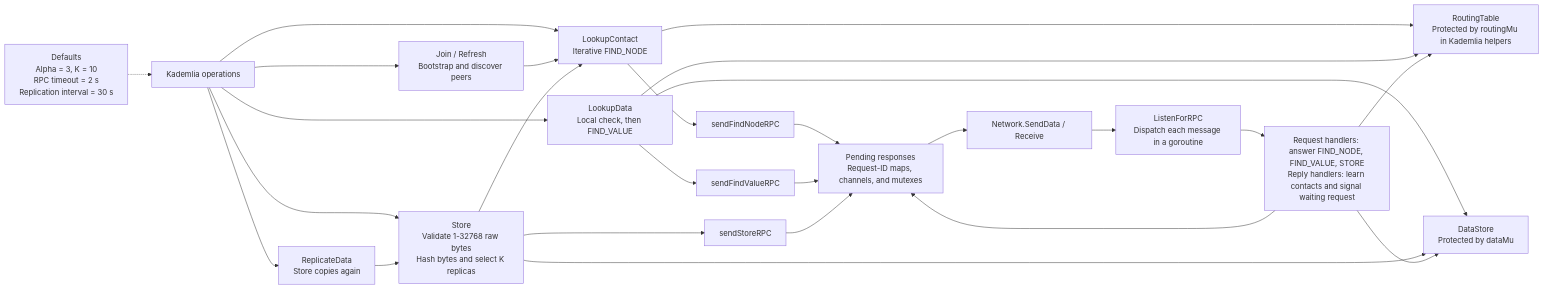
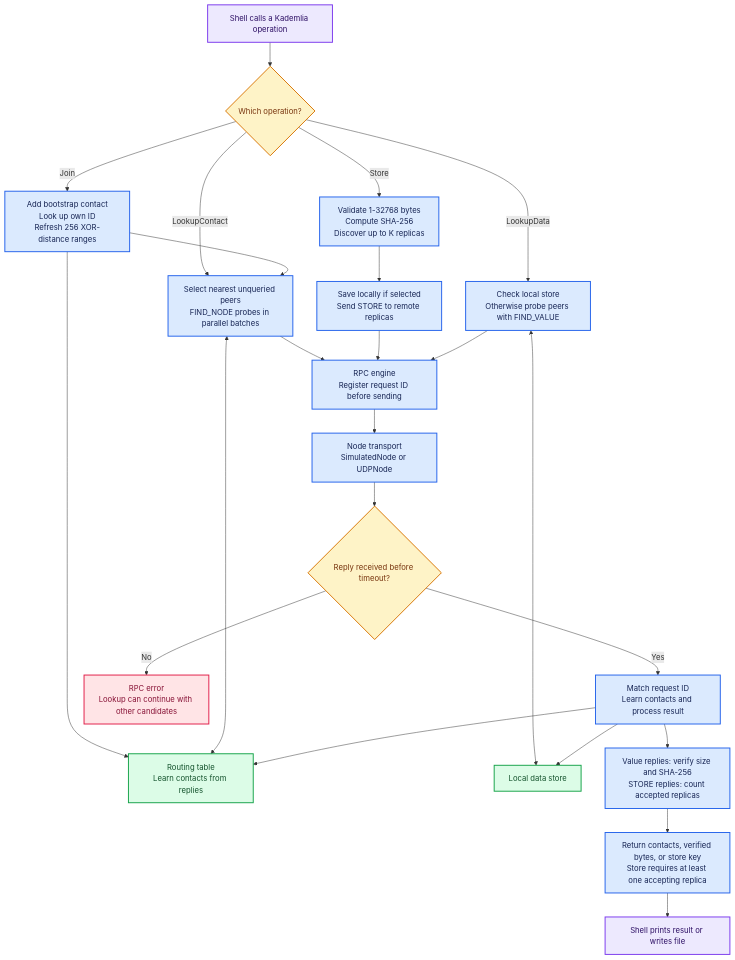
The second of 6 diagrams in labs/ARCHITECTURE.md (mohraj-0/Mobil-and-distributed-D7024E), drawn with Mermaid before and after one commit. The commit also changed other lines of this file and 2 other files, not shown here.

Commit message:
simplifed diagrams

````diff
--- a/labs/ARCHITECTURE.md
+++ b/labs/ARCHITECTURE.md
@@ -124,29 +47,32 @@
 ```mermaid
-flowchart LR
-    API["Kademlia operations"]
-    SETTINGS["Defaults<br/>Alpha = 3, K = 10<br/>RPC timeout = 2 s<br/>Replication interval = 30 s"] -.-> API
-    API --> JOIN["Join / Refresh<br/>Bootstrap and discover peers"]
-    API --> LOOK["LookupContact<br/>Iterative FIND_NODE"]
-    API --> GET["LookupData<br/>Local check, then FIND_VALUE"]
-    API --> STORE["Store<br/>Validate 1-32768 raw bytes<br/>Hash bytes and select K replicas"]
-    API --> REP["ReplicateData<br/>Store copies again"]
-    JOIN --> LOOK
-    STORE --> LOOK
-    REP --> STORE
-    GET --> DS["DataStore<br/>Protected by dataMu"]
-    STORE --> DS
-    LOOK --> RT["RoutingTable<br/>Protected by routingMu in Kademlia helpers"]
-    GET --> RT
-    LOOK --> SEND["sendFindNodeRPC"]
-    GET --> FV["sendFindValueRPC"]
-    STORE --> SR["sendStoreRPC"]
-    SEND --> PENDING["Pending responses<br/>Request-ID maps, channels, and mutexes"]
-    FV --> PENDING
-    SR --> PENDING
-    PENDING --> NET["Network.SendData / Receive"]
-    NET --> LISTEN["ListenForRPC<br/>Dispatch each message in a goroutine"]
-    LISTEN --> HANDLERS["Request handlers: answer FIND_NODE, FIND_VALUE, STORE<br/>Reply handlers: learn contacts and signal waiting request"]
-    HANDLERS --> DS
-    HANDLERS --> RT
-    HANDLERS --> PENDING
+flowchart TB
+    CALL["Shell calls a Kademlia operation"]:::shell --> OP{"Which operation?"}:::choice
+    OP -->|Join| JOIN["Add bootstrap contact<br/>Look up own ID<br/>Refresh 256 XOR-distance ranges"]:::logic
+    OP -->|LookupContact| FIND["Select nearest unqueried peers<br/>FIND_NODE probes in parallel batches"]:::logic
+    OP -->|Store| PUT["Validate 1-32768 bytes<br/>Compute SHA-256<br/>Discover up to K replicas"]:::logic
+    OP -->|LookupData| GET["Check local store<br/>Otherwise probe peers with FIND_VALUE"]:::logic
+    JOIN --> FIND
+    JOIN --> ROUTE["Routing table<br/>Learn contacts from replies"]:::data
+    FIND <--> ROUTE
+    PUT --> SAVE["Save locally if selected<br/>Send STORE to remote replicas"]:::logic
+    GET <--> LOCAL["Local data store"]:::data
+    FIND --> RPC["RPC engine<br/>Register request ID before sending"]:::logic
+    SAVE --> RPC
+    GET --> RPC
+    RPC --> NET["Node transport<br/>SimulatedNode or UDPNode"]:::logic
+    NET --> REPLY{"Reply received before timeout?"}:::choice
+    REPLY -->|Yes| HANDLE["Match request ID<br/>Learn contacts and process result"]:::logic
+    REPLY -->|No| FAIL["RPC error<br/>Lookup can continue with other candidates"]:::failure
+    HANDLE --> VALIDATE["Value replies: verify size and SHA-256<br/>STORE replies: count accepted replicas"]:::logic
+    VALIDATE --> RESULT["Return contacts, verified bytes, or store key<br/>Store requires at least one accepting replica"]:::logic
+    HANDLE --> ROUTE
+    HANDLE --> LOCAL
+    RESULT --> OUT["Shell prints result or writes file"]:::shell
+    classDef shell fill:#ede9fe,stroke:#7c3aed,color:#2e1065,stroke-width:2px
+    classDef logic fill:#dbeafe,stroke:#2563eb,color:#172554,stroke-width:2px
+    classDef sim fill:#ccfbf1,stroke:#0d9488,color:#134e4a,stroke-width:2px
+    classDef real fill:#ffedd5,stroke:#ea580c,color:#7c2d12,stroke-width:2px
+    classDef data fill:#dcfce7,stroke:#16a34a,color:#14532d,stroke-width:2px
+    classDef choice fill:#fef3c7,stroke:#d97706,color:#78350f,stroke-width:2px
+    classDef failure fill:#ffe4e6,stroke:#e11d48,color:#881337,stroke-width:2px
 ```
````
